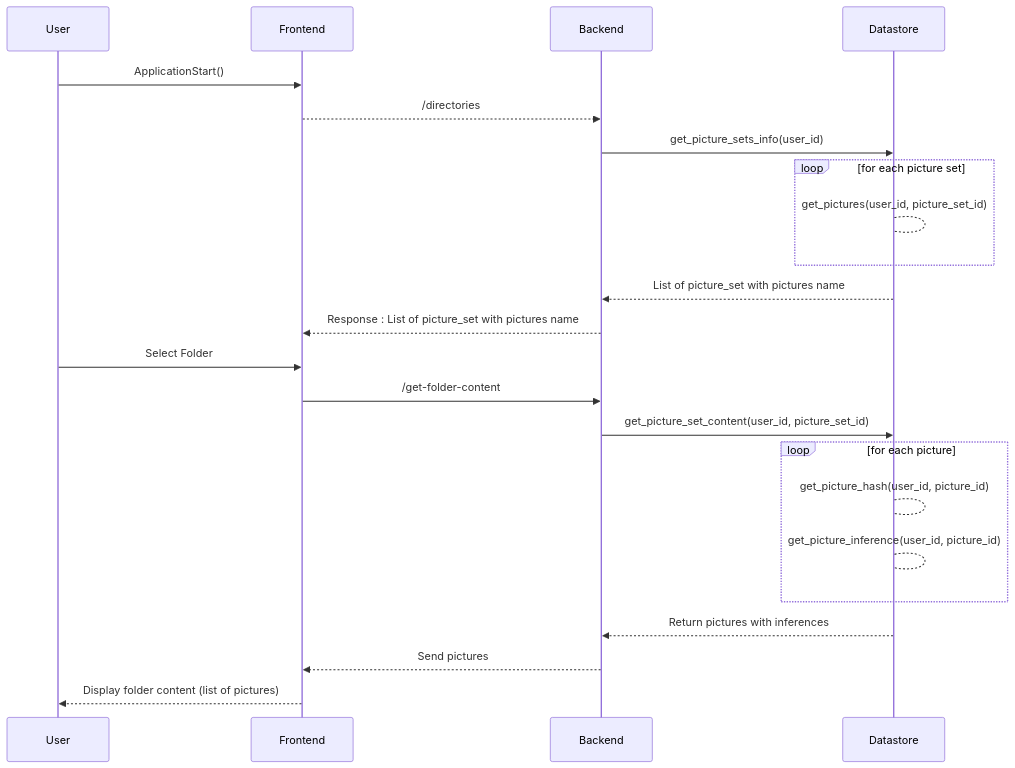
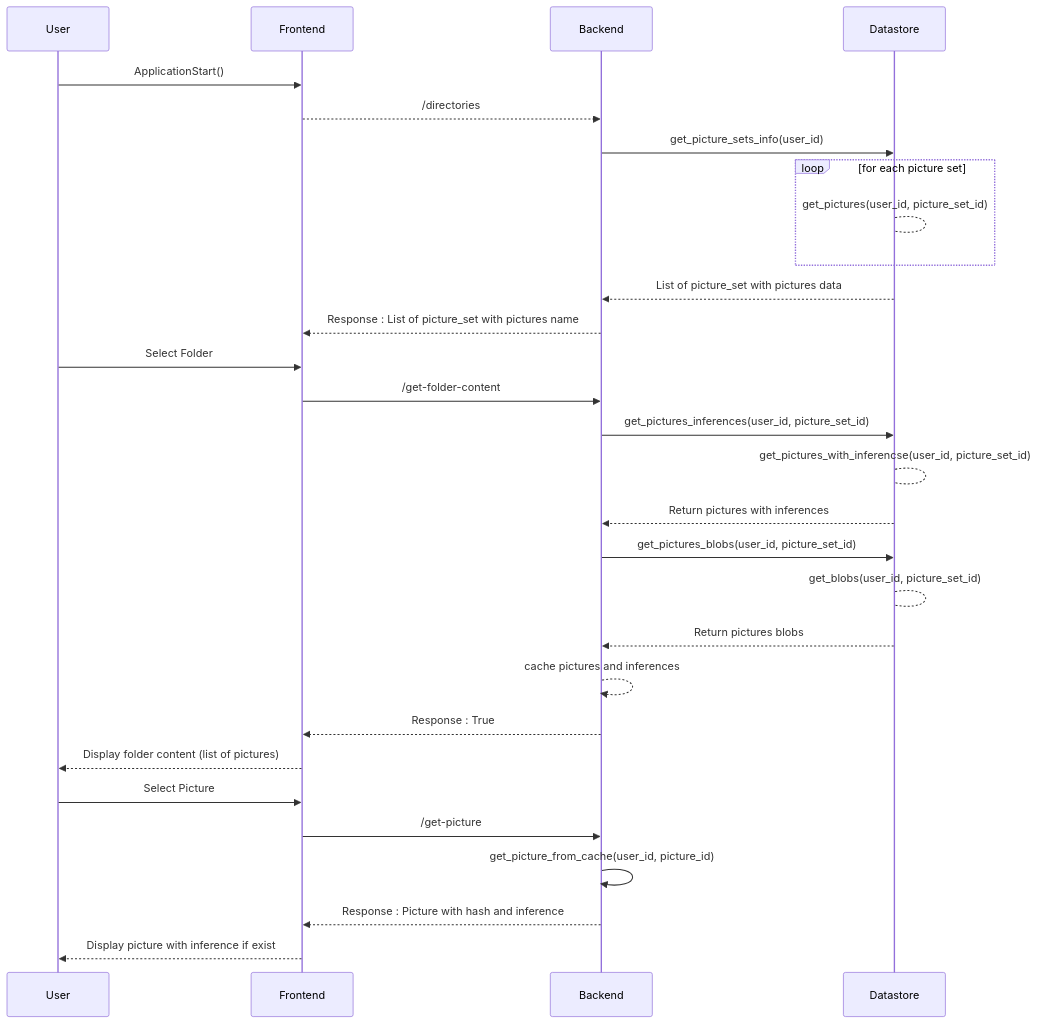
The third of 3 diagrams in doc/nachet-manage-folders.md (ai-cfia/ailab-datastore), drawn with Mermaid before and after one commit.

Commit message:
update manage folders  doc

````diff
--- a/doc/nachet-manage-folders.md
+++ b/doc/nachet-manage-folders.md
@@ -147,26 +147,34 @@
 ```mermaid
 sequenceDiagram
     participant User
     participant FE as Frontend
     participant BE as Backend
     participant DS as Datastore
 
     User->>FE: ApplicationStart()
         FE-->>BE:  /directories
             BE->>DS: get_picture_sets_info(user_id)
                 loop for each picture set
                     DS-->DS: get_pictures(user_id, picture_set_id)
                 end
-            DS-->>BE: List of picture_set with pictures name
+            DS-->>BE: List of picture_set with pictures data
         BE-->>FE: Response : List of picture_set with pictures name
     User->>FE: Select Folder
         FE->>BE: /get-folder-content
-            BE->>DS: get_picture_set_content(user_id, picture_set_id)
-                loop for each picture
-                    DS-->DS: get_picture_hash(user_id, picture_id)
-                    DS-->DS: get_picture_inference(user_id, picture_id)
-                end
+            BE->>DS: get_pictures_inferences(user_id, picture_set_id)
+                DS-->DS: get_pictures_with_inferencse(user_id, picture_set_id)
             DS-->>BE: Return pictures with inferences
-        BE-->>FE: Send pictures
+            BE->>DS: get_pictures_blobs(user_id, picture_set_id)
+                DS-->DS: get_blobs(user_id, picture_set_id)
+            DS-->>BE: Return pictures blobs
+        BE-->>BE: cache pictures and inferences
+        BE-->>FE: Response : True
     FE-->>User: Display folder content (list of pictures)
+    User->>FE: Select Picture
+        FE->>BE: /get-picture
+            BE->>BE: get_picture_from_cache(user_id, picture_id)
+        BE-->>FE: Response : Picture with hash and inference
+    FE-->>User: Display picture with inference if exist
+
+
 ```
````
